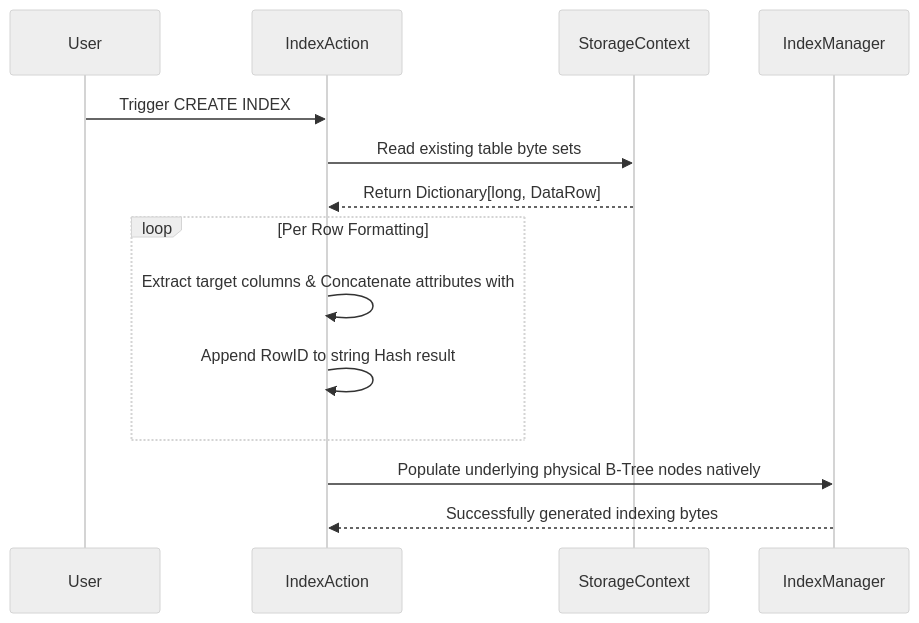
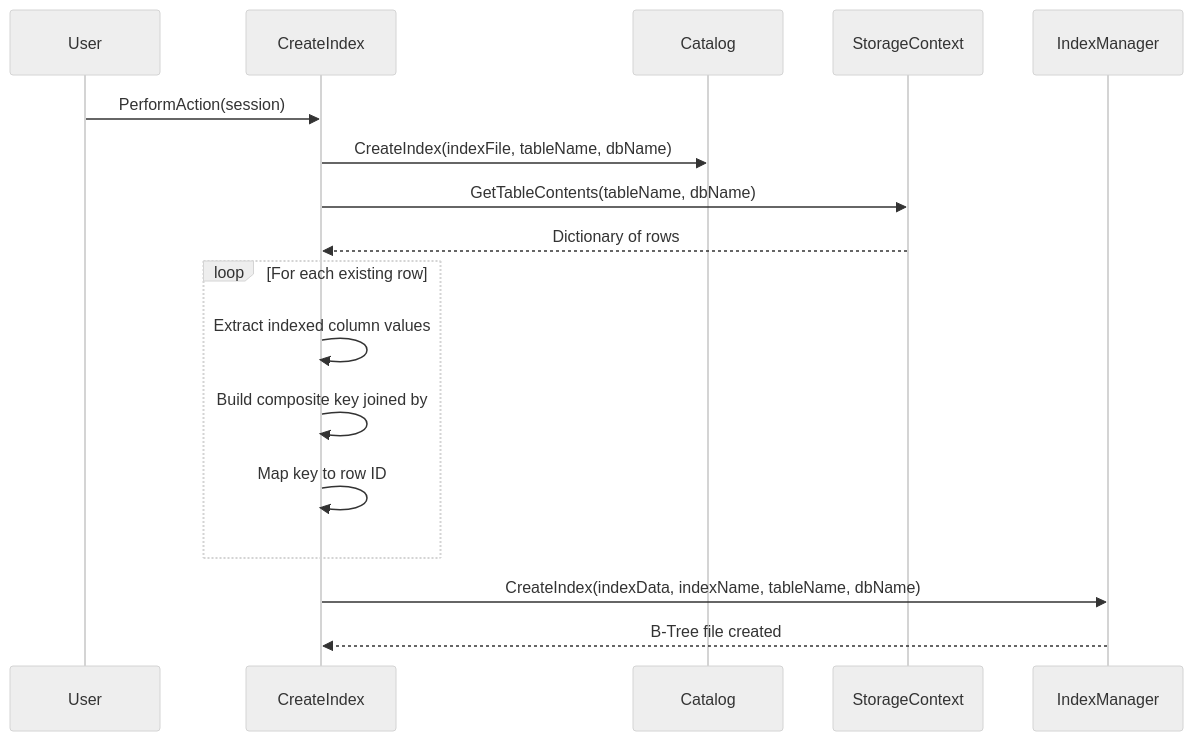
Before and after one commit to ArintonAkos/DataVo-DBMS: the diagram in docs/DataVo.Core/Parser/DDL/CreateIndex.md, drawn with Mermaid (neutral theme). The commit also changed other lines of this file and 15 other files, not shown here.

````diff
--- a/docs/DataVo.Core/Parser/DDL/CreateIndex.md
+++ b/docs/DataVo.Core/Parser/DDL/CreateIndex.md
@@ -17,19 +28,22 @@
 ```mermaid
 sequenceDiagram
     participant User
-    participant IndexAction
+    participant CreateIndex
+    participant Catalog
     participant StorageContext
     participant IndexManager
-    
-    User->>IndexAction: Trigger CREATE INDEX
-    IndexAction->>StorageContext: Read existing table byte sets
-    StorageContext-->>IndexAction: Return Dictionary[long, DataRow]
-    
-    loop Per Row Formatting
-        IndexAction->>IndexAction: Extract target columns & Concatenate attributes with ## delimiter
-        IndexAction->>IndexAction: Append RowID to string Hash result
+
+    User->>CreateIndex: PerformAction(session)
+    CreateIndex->>Catalog: CreateIndex(indexFile, tableName, dbName)
+    CreateIndex->>StorageContext: GetTableContents(tableName, dbName)
+    StorageContext-->>CreateIndex: Dictionary of rows
+
+    loop For each existing row
+        CreateIndex->>CreateIndex: Extract indexed column values
+        CreateIndex->>CreateIndex: Build composite key joined by ##
+        CreateIndex->>CreateIndex: Map key to row ID
     end
-    
-    IndexAction->>IndexManager: Populate underlying physical B-Tree nodes natively
-    IndexManager-->>IndexAction: Successfully generated indexing bytes
+
+    CreateIndex->>IndexManager: CreateIndex(indexData, indexName, tableName, dbName)
+    IndexManager-->>CreateIndex: B-Tree file created
 ```
````
